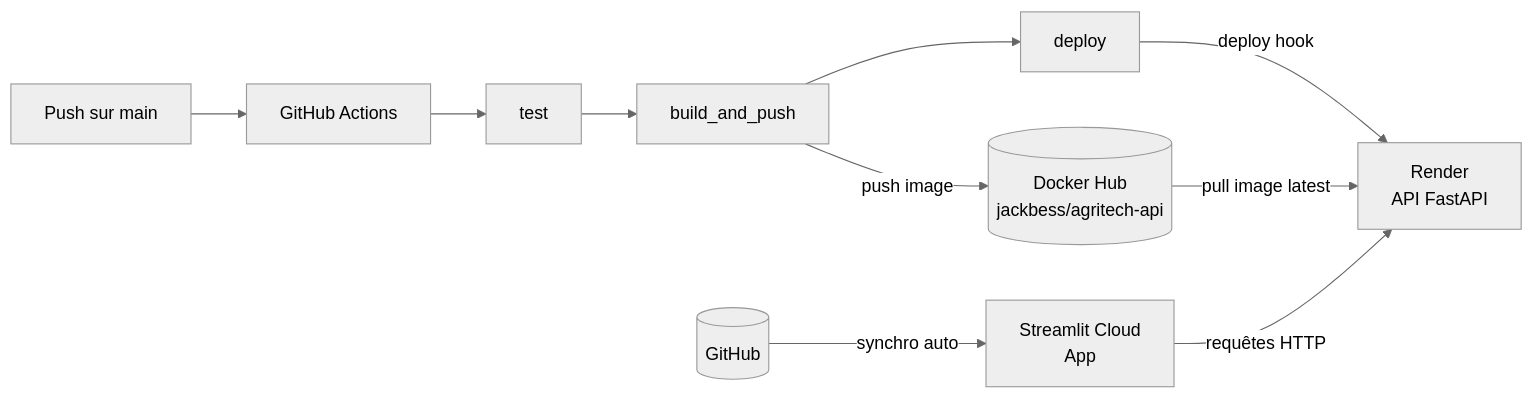
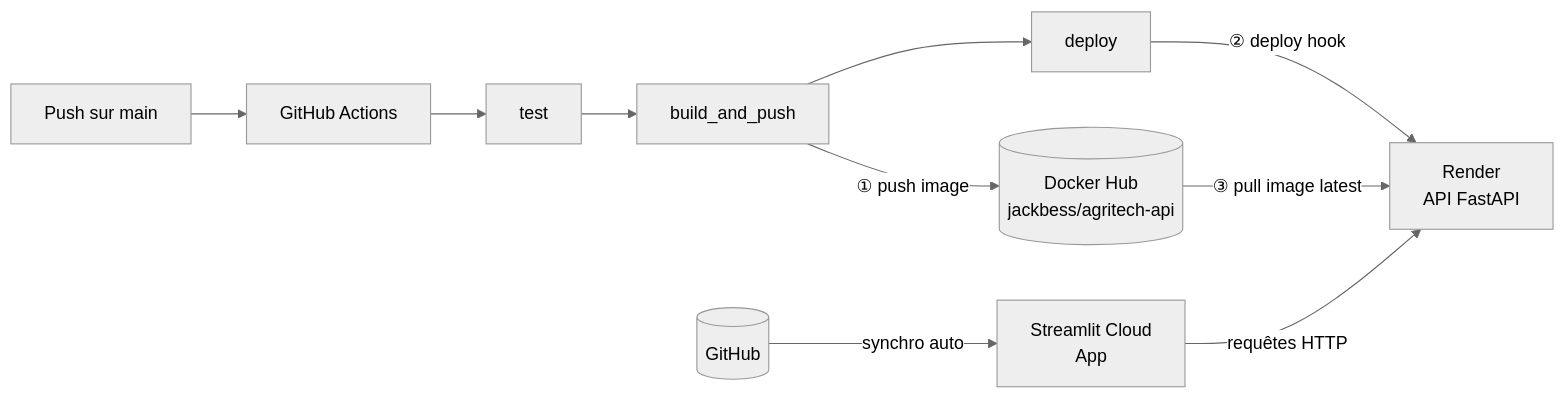
Before and after one commit to jackobess/OC_Projet12: the diagram in README.md, drawn with Mermaid (neutral theme).

Commit message:
rectif doc

````diff
--- a/README.md
+++ b/README.md
@@ -21,12 +21,12 @@
 ```mermaid
 flowchart LR
     A[Push sur main] --> B[GitHub Actions]
     B --> T[test]
     T --> BP[build_and_push]
-    BP -->|push image| H[(Docker Hub<br/>jackbess/agritech-api)]
+    BP -->|"① push image"| H[(Docker Hub<br/>jackbess/agritech-api)]
     BP --> D[deploy]
-    D -->|deploy hook| R[Render<br/>API FastAPI]
-    H -->|pull image latest| R
+    D -->|"② deploy hook"| R[Render<br/>API FastAPI]
+    H -->|"③ pull image latest"| R
     S[Streamlit Cloud<br/>App] -->|requêtes HTTP| R
     G[(GitHub)] -->|synchro auto| S
 ```
````
